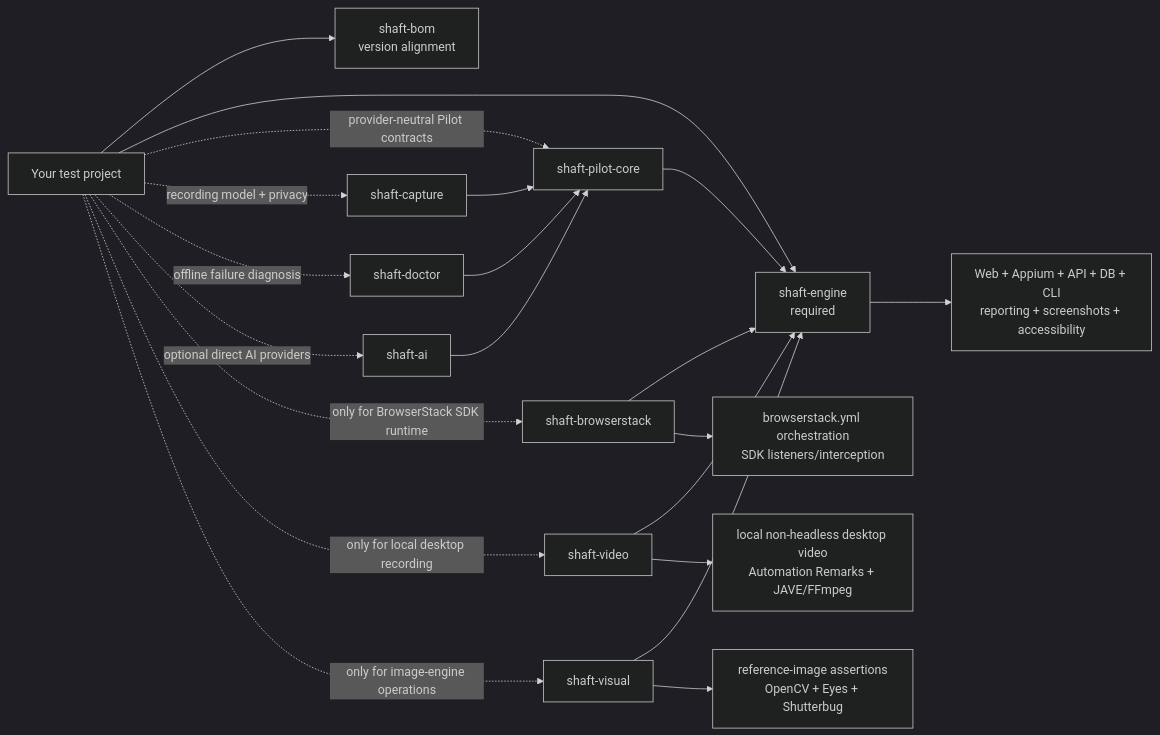
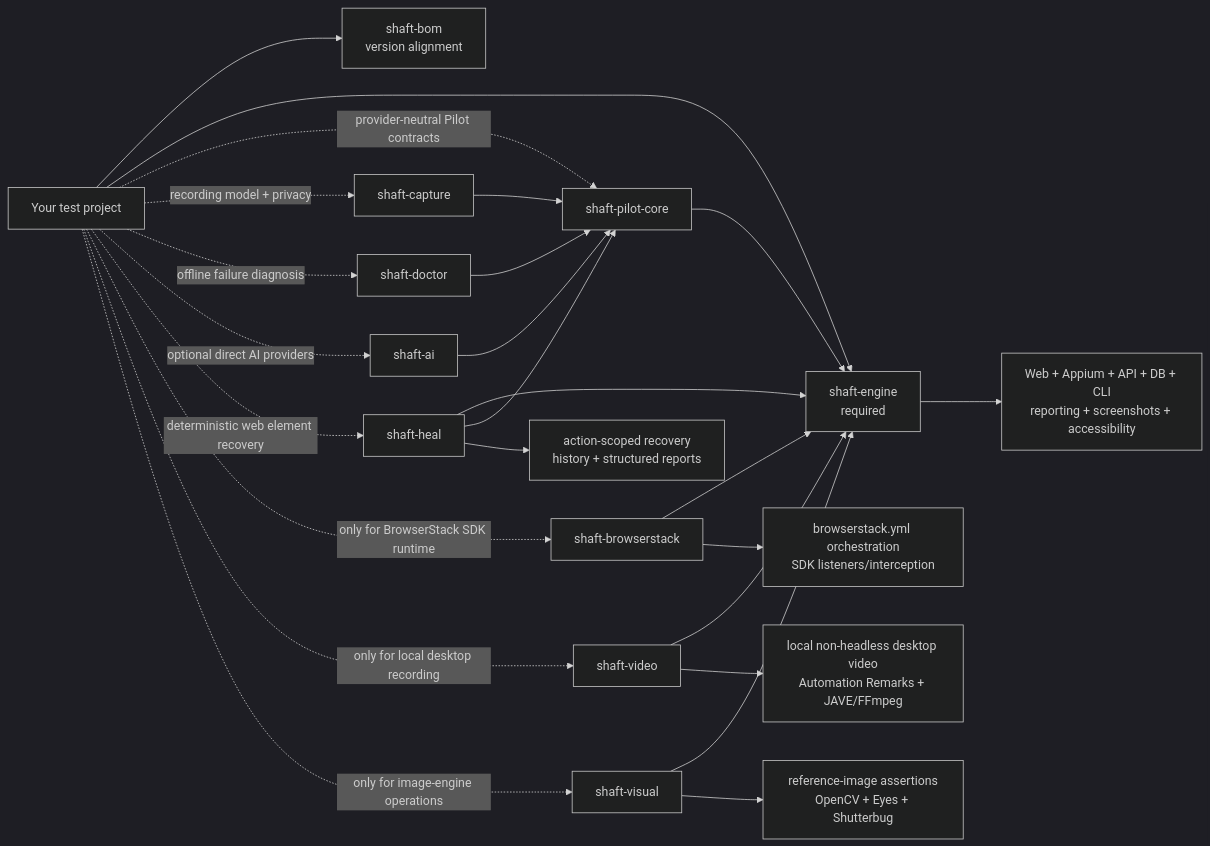
One commit to ShaftHQ/SHAFT_ENGINE changed the fourth of 4 diagrams in docs/UPGRADING_TO_MODULAR_SHAFT.md. Above: the diagram before and after it, drawn with Mermaid (dark theme). The commit also changed other lines of this file and 76 other files, not shown here.

First line of the commit message:
[codex] Add deterministic SHAFT Heal module (#2880)

````diff
--- a/docs/UPGRADING_TO_MODULAR_SHAFT.md
+++ b/docs/UPGRADING_TO_MODULAR_SHAFT.md
@@ -411,25 +411,29 @@
 ```mermaid
 flowchart LR
     Project["Your test project"] --> BOM["shaft-bom<br/>version alignment"]
     Project --> Engine["shaft-engine<br/>required"]
     Project -.->|"provider-neutral Pilot contracts"| PilotCore["shaft-pilot-core"]
     Project -.->|"recording model + privacy"| Capture["shaft-capture"]
     Project -.->|"offline failure diagnosis"| Doctor["shaft-doctor"]
     Project -.->|"optional direct AI providers"| AI["shaft-ai"]
+    Project -.->|"deterministic web element recovery"| Heal["shaft-heal"]
     Project -.->|"only for BrowserStack SDK runtime"| BrowserStack["shaft-browserstack"]
     Project -.->|"only for local desktop recording"| Video["shaft-video"]
     Project -.->|"only for image-engine operations"| Visual["shaft-visual"]
 
     BrowserStack --> Engine
     Video --> Engine
     Visual --> Engine
     PilotCore --> Engine
     Capture --> PilotCore
     Doctor --> PilotCore
     AI --> PilotCore
+    Heal --> Engine
+    Heal --> PilotCore
 
     Engine --> Core["Web + Appium + API + DB + CLI<br/>reporting + screenshots + accessibility"]
     BrowserStack --> SDK["browserstack.yml orchestration<br/>SDK listeners/interception"]
     Video --> Desktop["local non-headless desktop video<br/>Automation Remarks + JAVE/FFmpeg"]
     Visual --> CV["reference-image assertions<br/>OpenCV + Eyes + Shutterbug"]
+    Heal --> Recovery["action-scoped recovery<br/>history + structured reports"]
 ```
````
